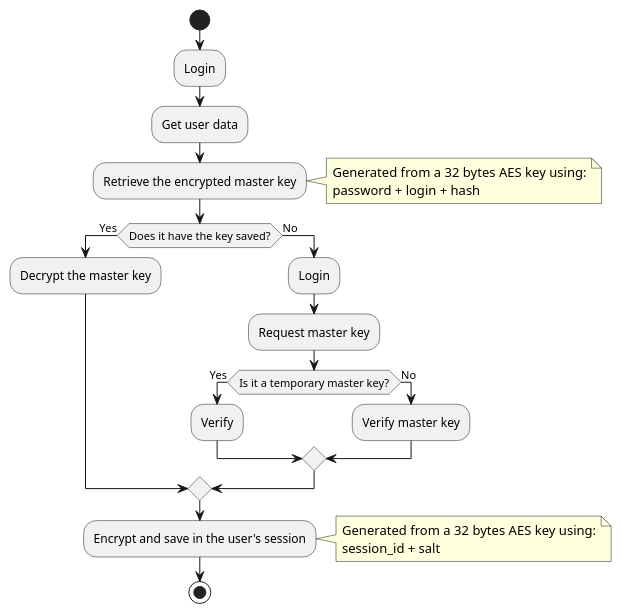
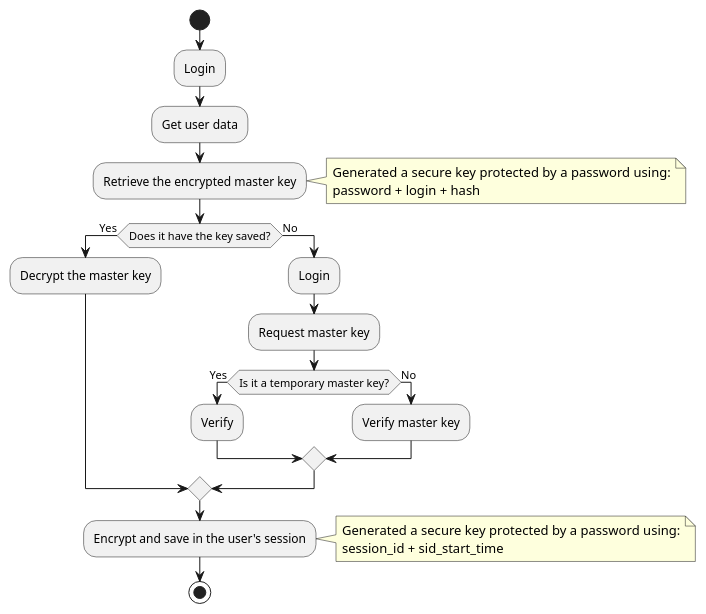
One commit to sysPass/sysPass-doc changed the second of 8 diagrams in docs/source/application/encryption.rst. Above: the diagram before and after it, drawn with PlantUML. The commit also changed other lines of this file and 7 other files, not shown here.

```diff
--- a/docs/source/application/encryption.rst
+++ b/docs/source/application/encryption.rst
@@ -101,41 +106,41 @@
   .. uml::
 
     @startuml
 
     start
 
     :Login;
 
     :Get user data;
 
     :Retrieve the encrypted master key;
 
     note right
-      Generated from a 32 bytes AES key using:
+      Generated a secure key protected by a password using:
       password + login + hash
     end note
 
     if (Does it have the key saved?) then (Yes)
       :Decrypt the master key;
     else (No)
       :Login;
 
       :Request master key;
 
       if (Is it a temporary master key?) then (Yes)
         :Verify;
       else (No)
         :Verify master key;
       endif
     endif
 
     :Encrypt and save in the user's session;
 
     note right
-      Generated from a 32 bytes AES key using:
-      session_id + salt
+      Generated a secure key protected by a password using:
+      session_id + sid_start_time
     end note
 
     stop
 
     @enduml
```
